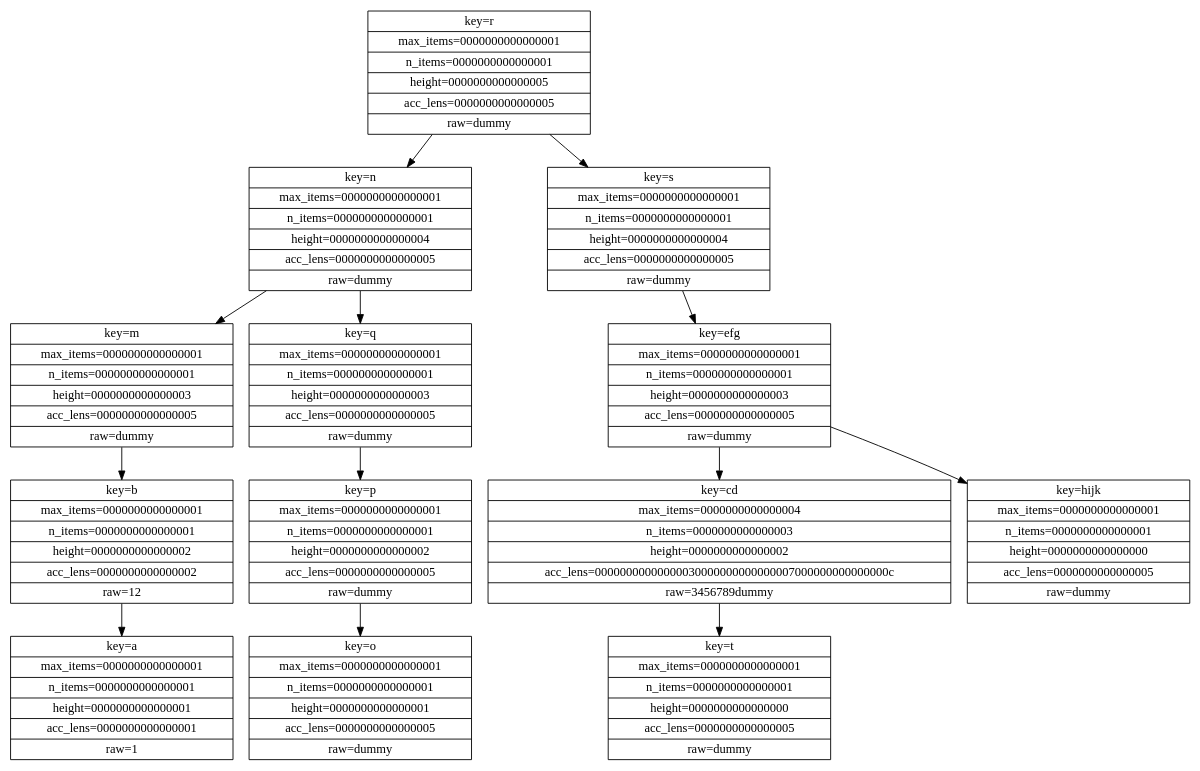
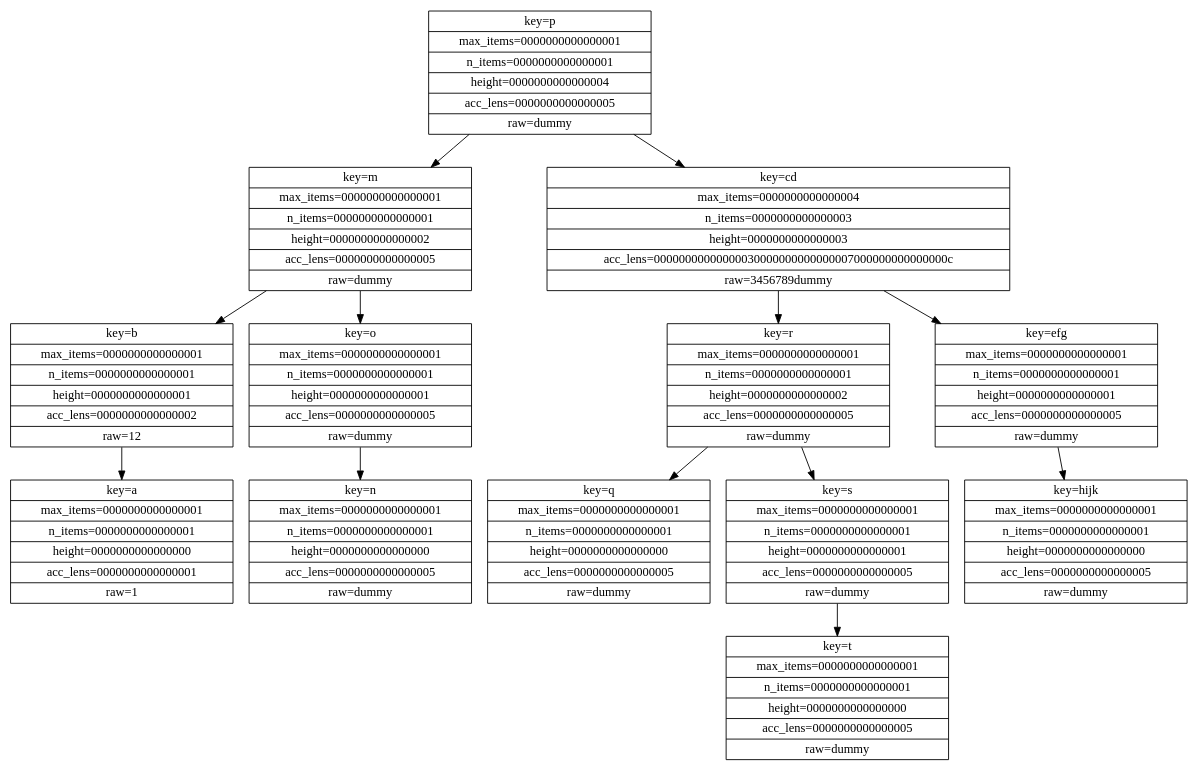
One commit to chientrm/kadb changed the diagram in data.ground.dot. Above: the diagram before and after it, drawn with Graphviz. The commit also changed 1 other file, not shown here.

```diff
--- a/data.ground.dot
+++ b/data.ground.dot
@@ -1,27 +1,27 @@
 digraph {
-r[shape=record,label="{key=r|max_items=0000000000000001|n_items=0000000000000001|height=0000000000000005|acc_lens=0000000000000005|raw=dummy}"]
-n[shape=record,label="{key=n|max_items=0000000000000001|n_items=0000000000000001|height=0000000000000004|acc_lens=0000000000000005|raw=dummy}"]
-m[shape=record,label="{key=m|max_items=0000000000000001|n_items=0000000000000001|height=0000000000000003|acc_lens=0000000000000005|raw=dummy}"]
-b[shape=record,label="{key=b|max_items=0000000000000001|n_items=0000000000000001|height=0000000000000002|acc_lens=0000000000000002|raw=12}"]
-a[shape=record,label="{key=a|max_items=0000000000000001|n_items=0000000000000001|height=0000000000000001|acc_lens=0000000000000001|raw=1}"]
+p[shape=record,label="{key=p|max_items=0000000000000001|n_items=0000000000000001|height=0000000000000004|acc_lens=0000000000000005|raw=dummy}"]
+m[shape=record,label="{key=m|max_items=0000000000000001|n_items=0000000000000001|height=0000000000000002|acc_lens=0000000000000005|raw=dummy}"]
+b[shape=record,label="{key=b|max_items=0000000000000001|n_items=0000000000000001|height=0000000000000001|acc_lens=0000000000000002|raw=12}"]
+a[shape=record,label="{key=a|max_items=0000000000000001|n_items=0000000000000001|height=0000000000000000|acc_lens=0000000000000001|raw=1}"]
 b -> a
 m -> b
-n -> m
-q[shape=record,label="{key=q|max_items=0000000000000001|n_items=0000000000000001|height=0000000000000003|acc_lens=0000000000000005|raw=dummy}"]
-p[shape=record,label="{key=p|max_items=0000000000000001|n_items=0000000000000001|height=0000000000000002|acc_lens=0000000000000005|raw=dummy}"]
 o[shape=record,label="{key=o|max_items=0000000000000001|n_items=0000000000000001|height=0000000000000001|acc_lens=0000000000000005|raw=dummy}"]
-p -> o
-q -> p
-n -> q
-r -> n
-s[shape=record,label="{key=s|max_items=0000000000000001|n_items=0000000000000001|height=0000000000000004|acc_lens=0000000000000005|raw=dummy}"]
-efg[shape=record,label="{key=efg|max_items=0000000000000001|n_items=0000000000000001|height=0000000000000003|acc_lens=0000000000000005|raw=dummy}"]
-cd[shape=record,label="{key=cd|max_items=0000000000000004|n_items=0000000000000003|height=0000000000000002|acc_lens=00000000000000030000000000000007000000000000000c|raw=3456789dummy}"]
+n[shape=record,label="{key=n|max_items=0000000000000001|n_items=0000000000000001|height=0000000000000000|acc_lens=0000000000000005|raw=dummy}"]
+o -> n
+m -> o
+p -> m
+cd[shape=record,label="{key=cd|max_items=0000000000000004|n_items=0000000000000003|height=0000000000000003|acc_lens=00000000000000030000000000000007000000000000000c|raw=3456789dummy}"]
+r[shape=record,label="{key=r|max_items=0000000000000001|n_items=0000000000000001|height=0000000000000002|acc_lens=0000000000000005|raw=dummy}"]
+q[shape=record,label="{key=q|max_items=0000000000000001|n_items=0000000000000001|height=0000000000000000|acc_lens=0000000000000005|raw=dummy}"]
+r -> q
+s[shape=record,label="{key=s|max_items=0000000000000001|n_items=0000000000000001|height=0000000000000001|acc_lens=0000000000000005|raw=dummy}"]
 t[shape=record,label="{key=t|max_items=0000000000000001|n_items=0000000000000001|height=0000000000000000|acc_lens=0000000000000005|raw=dummy}"]
-cd -> t
-efg -> cd
+s -> t
+r -> s
+cd -> r
+efg[shape=record,label="{key=efg|max_items=0000000000000001|n_items=0000000000000001|height=0000000000000001|acc_lens=0000000000000005|raw=dummy}"]
 hijk[shape=record,label="{key=hijk|max_items=0000000000000001|n_items=0000000000000001|height=0000000000000000|acc_lens=0000000000000005|raw=dummy}"]
 efg -> hijk
-s -> efg
-r -> s
+cd -> efg
+p -> cd
 }
```
